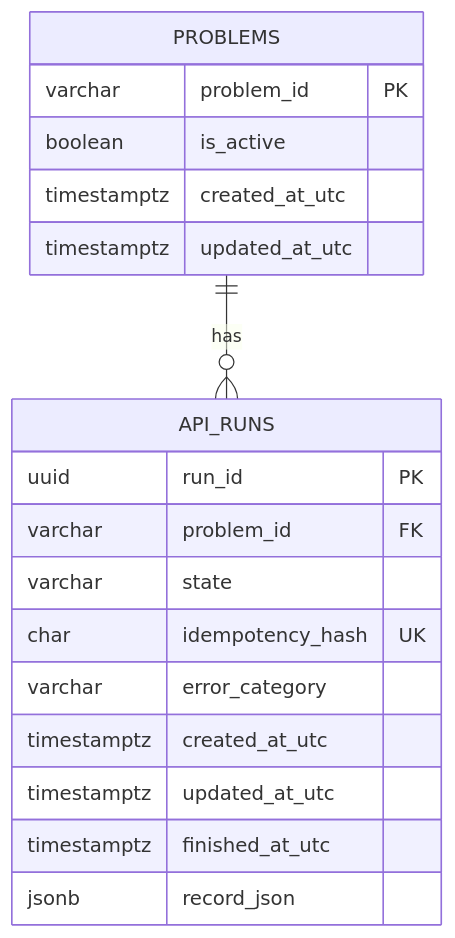
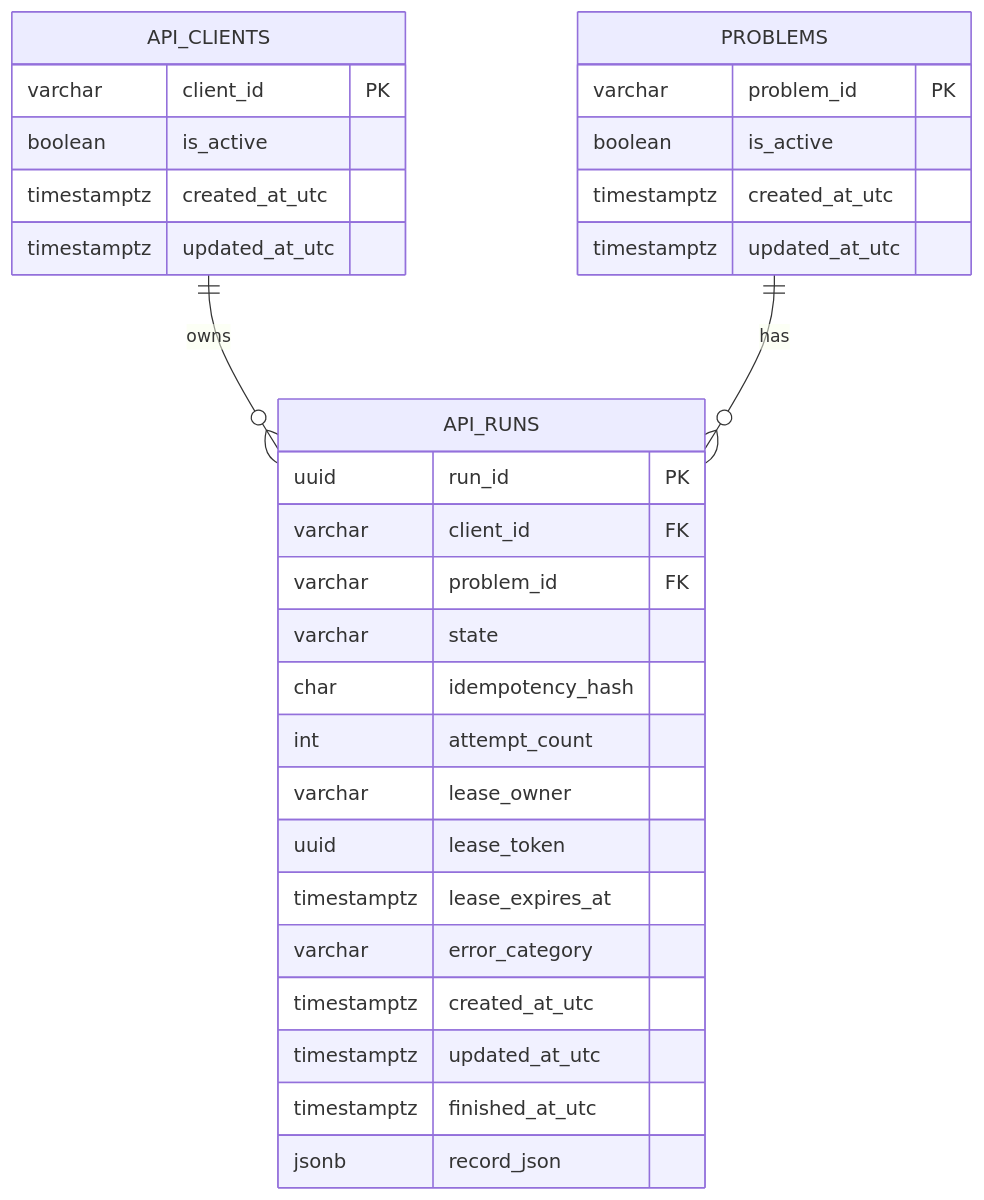
The diagram in docs/database-architecture.md (Abhishek-Gond-1387/Abacus), drawn with Mermaid before and after one commit. The commit also changed other lines of this file and 14 other files, not shown here.

````diff
--- a/docs/database-architecture.md
+++ b/docs/database-architecture.md
@@ -13,21 +13,33 @@
 ```mermaid
 erDiagram
+    API_CLIENTS ||--o{ API_RUNS : owns
     PROBLEMS ||--o{ API_RUNS : has
+    API_CLIENTS {
+        varchar client_id PK
+        boolean is_active
+        timestamptz created_at_utc
+        timestamptz updated_at_utc
+    }
     PROBLEMS {
         varchar problem_id PK
         boolean is_active
         timestamptz created_at_utc
         timestamptz updated_at_utc
     }
     API_RUNS {
         uuid run_id PK
+        varchar client_id FK
         varchar problem_id FK
         varchar state
-        char idempotency_hash UK
+        char idempotency_hash
+        int attempt_count
+        varchar lease_owner
+        uuid lease_token
+        timestamptz lease_expires_at
         varchar error_category
         timestamptz created_at_utc
         timestamptz updated_at_utc
         timestamptz finished_at_utc
         jsonb record_json
     }
 ```
````
